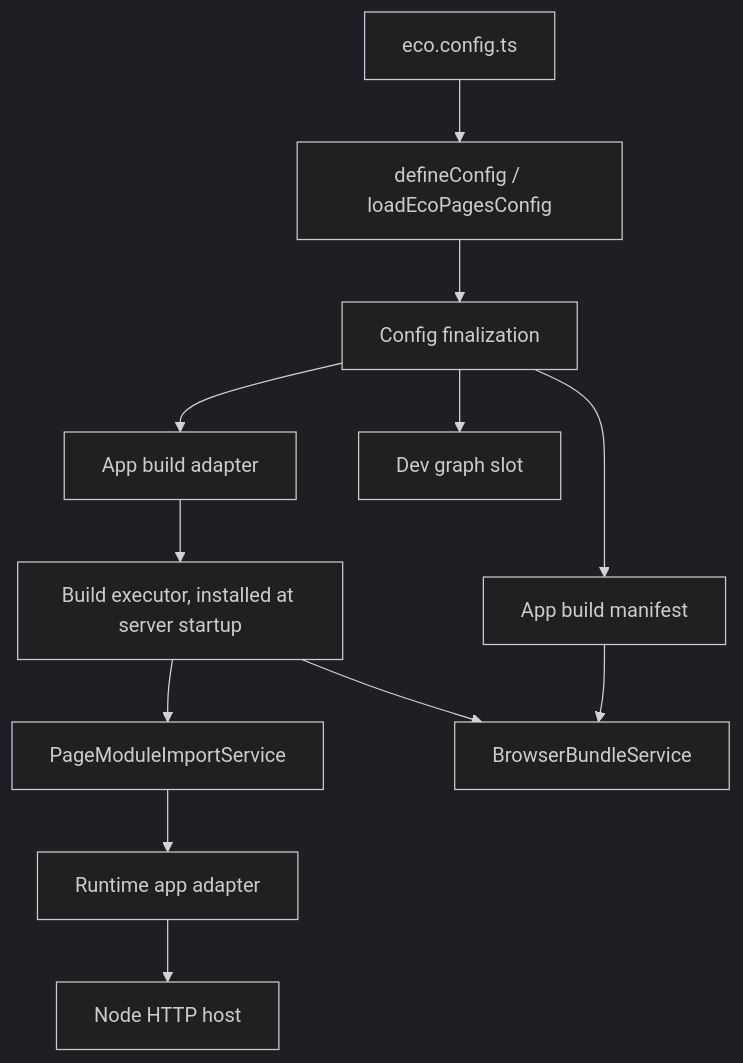
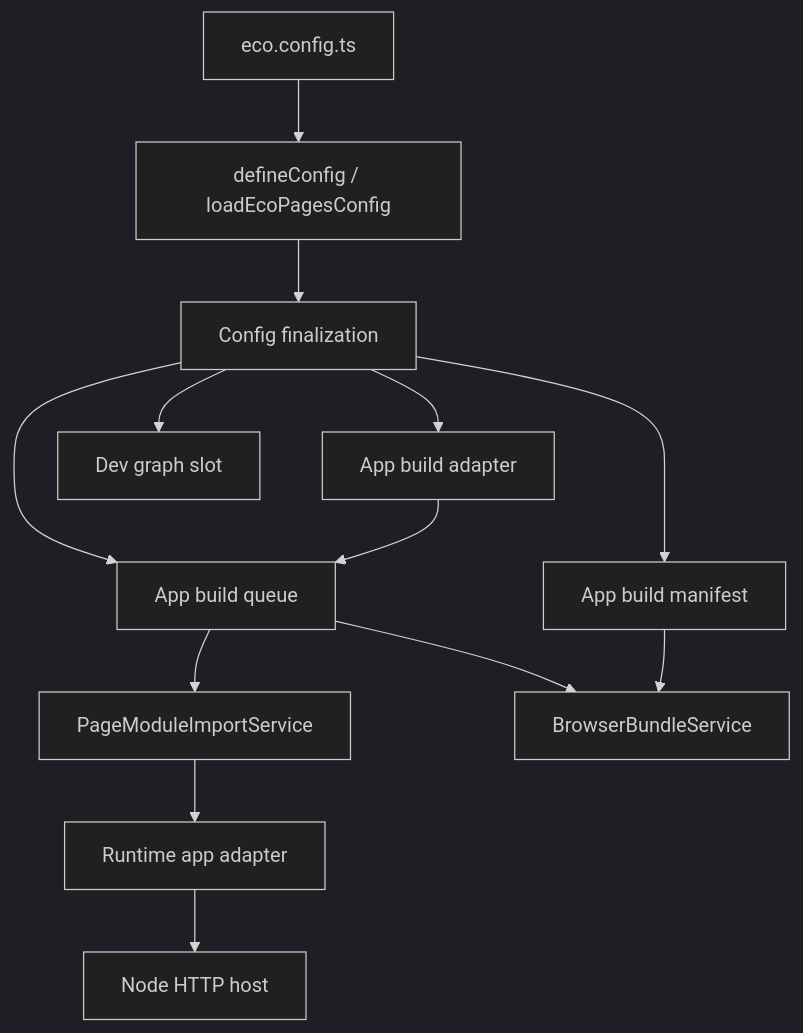
One commit to ecopages/ecopages changed the first of 2 diagrams in packages/core/README.md. Above: the diagram before and after it, drawn with Mermaid (dark theme). The commit also changed other lines of this file and 60 other files, not shown here.

First line of the commit message:
refactor(core): move build-side state onto AppRuntime

````diff
--- a/packages/core/README.md
+++ b/packages/core/README.md
@@ -40,14 +40,15 @@
 ```mermaid
 flowchart TD
 	A[eco.config.ts] --> B[defineConfig / loadEcoPagesConfig]
 	B --> C[Config finalization]
 	C --> D[App build adapter]
 	C --> E[App build manifest]
+	C --> F[App build queue]
 	C --> G[Dev graph slot]
-	D --> F[Build executor, installed at server startup]
+	D --> F
 	F --> I[PageModuleImportService]
 	F --> J[BrowserBundleService]
 	I --> K[Runtime app adapter]
 	K --> L[Node HTTP host]
 	E --> J
 ```
````
